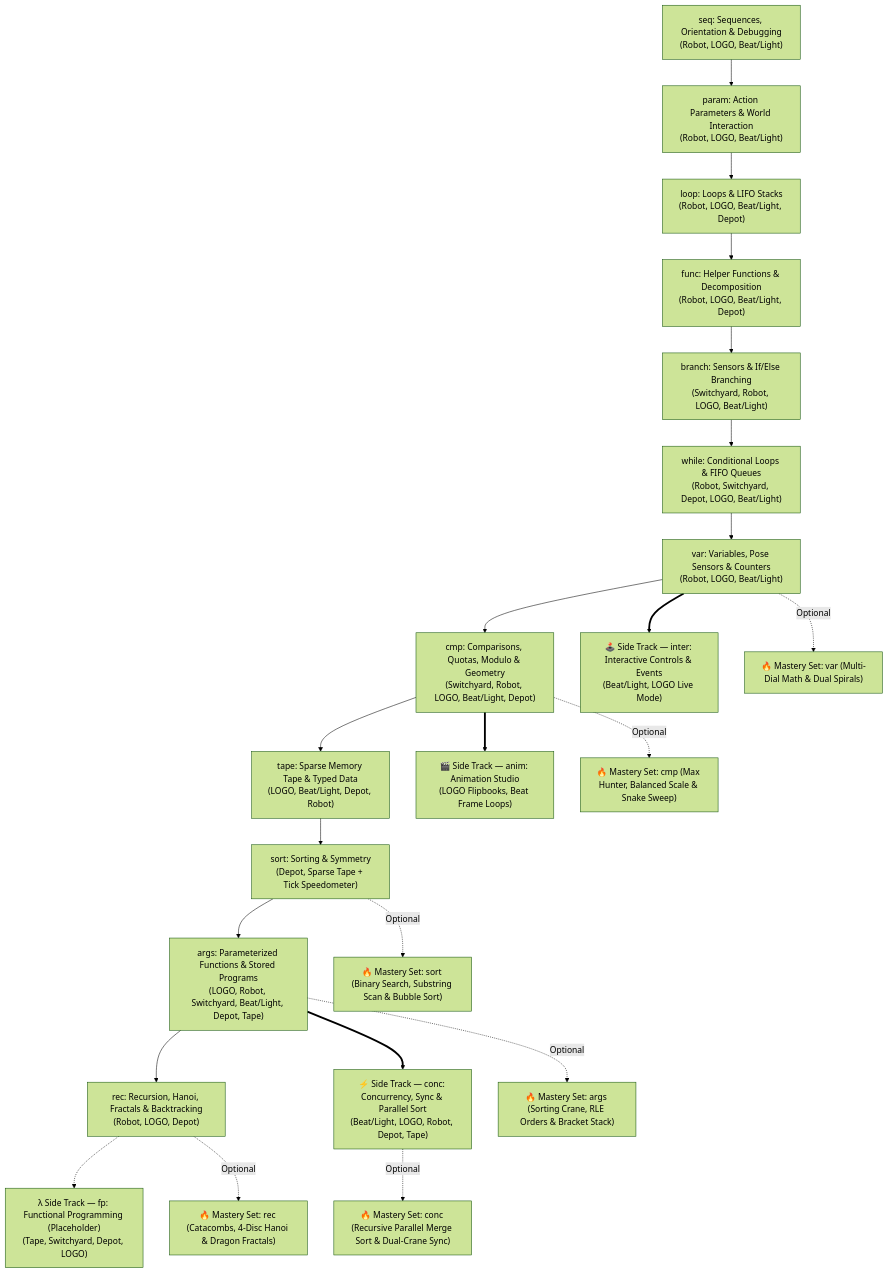
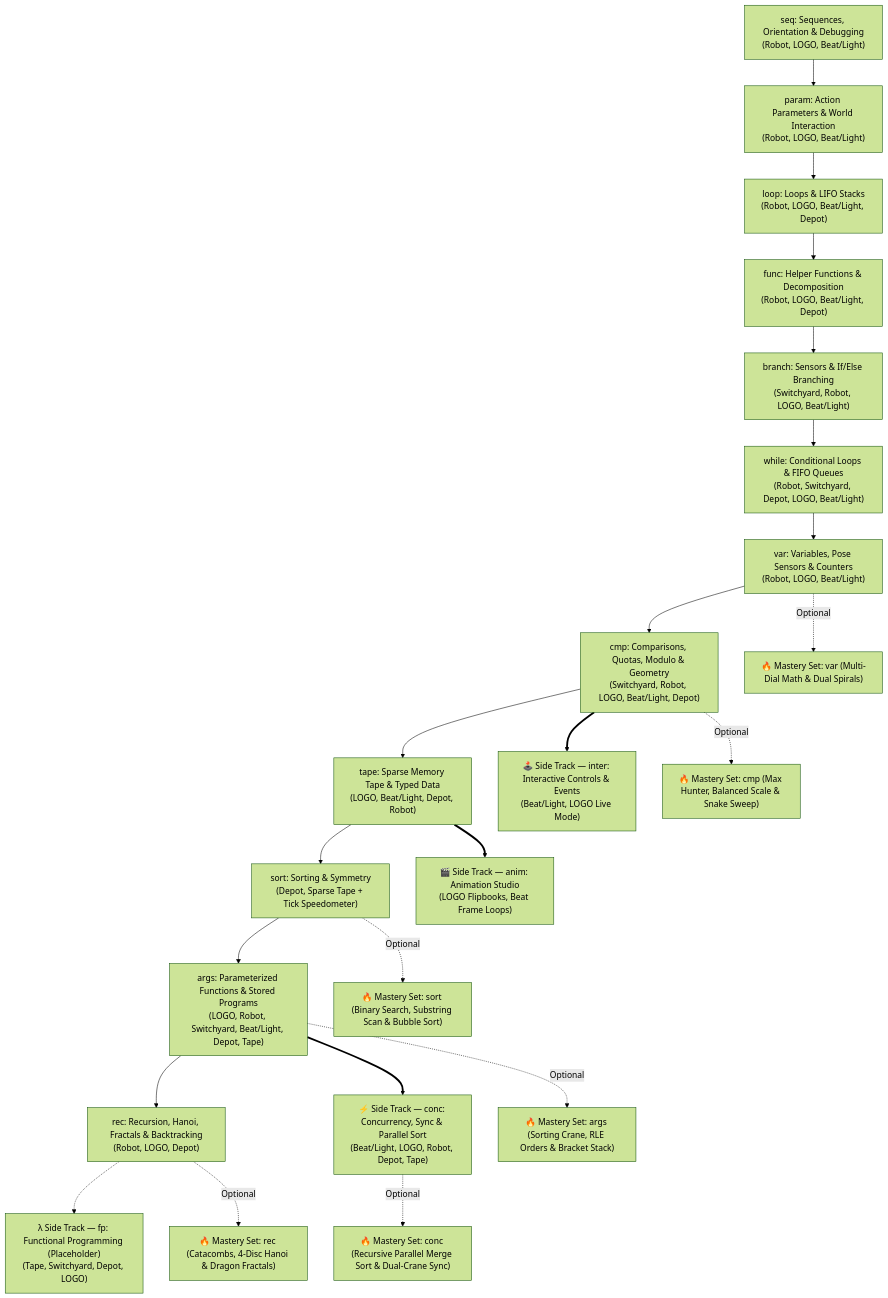
One commit to Stilgar84/Coding4Kids changed the diagram in docs/curriculum/overview.md. Above: the diagram before and after it, drawn with Mermaid (forest theme). The commit also changed other lines of this file and 130 other files, not shown here.

Commit message:
docs(curriculum): complete Stage 2 specs for branch-cmp and add LOGO scale plan

````diff
--- a/docs/curriculum/overview.md
+++ b/docs/curriculum/overview.md
@@ -74,26 +74,26 @@
 ```mermaid
 flowchart TD
     seq["seq: Sequences, Orientation & Debugging\n(Robot, LOGO, Beat/Light)"] --> param["param: Action Parameters & World Interaction\n(Robot, LOGO, Beat/Light)"]
     param --> loop["loop: Loops & LIFO Stacks\n(Robot, LOGO, Beat/Light, Depot)"]
     loop --> func["func: Helper Functions & Decomposition\n(Robot, LOGO, Beat/Light, Depot)"]
     func --> branch["branch: Sensors & If/Else Branching\n(Switchyard, Robot, LOGO, Beat/Light)"]
     branch --> while["while: Conditional Loops & FIFO Queues\n(Robot, Switchyard, Depot, LOGO, Beat/Light)"]
     while --> var["var: Variables, Pose Sensors & Counters\n(Robot, LOGO, Beat/Light)"]
     var --> cmp["cmp: Comparisons, Quotas, Modulo & Geometry\n(Switchyard, Robot, LOGO, Beat/Light, Depot)"]
     cmp --> tape["tape: Sparse Memory Tape & Typed Data\n(LOGO, Beat/Light, Depot, Robot)"]
     tape --> sort["sort: Sorting & Symmetry\n(Depot, Sparse Tape + Tick Speedometer)"]
     sort --> args["args: Parameterized Functions & Stored Programs\n(LOGO, Robot, Switchyard, Beat/Light, Depot, Tape)"]
     args --> rec["rec: Recursion, Hanoi, Fractals & Backtracking\n(Robot, LOGO, Depot)"]
 
-    var ==> inter["🕹️ Side Track — inter: Interactive Controls & Events\n(Beat/Light, LOGO Live Mode)"]
-    cmp ==> anim["🎬 Side Track — anim: Animation Studio\n(LOGO Flipbooks, Beat Frame Loops)"]
+    cmp ==> inter["🕹️ Side Track — inter: Interactive Controls & Events\n(Beat/Light, LOGO Live Mode)"]
+    tape ==> anim["🎬 Side Track — anim: Animation Studio\n(LOGO Flipbooks, Beat Frame Loops)"]
     args ==> conc["⚡ Side Track — conc: Concurrency, Sync & Parallel Sort\n(Beat/Light, LOGO, Robot, Depot, Tape)"]
     rec -.-> fp["λ Side Track — fp: Functional Programming (Placeholder)\n(Tape, Switchyard, Depot, LOGO)"]
 
     var -. "Optional" .-> M1["🔥 Mastery Set: var (Multi-Dial Math & Dual Spirals)"]
     cmp -. "Optional" .-> M2["🔥 Mastery Set: cmp (Max Hunter, Balanced Scale & Snake Sweep)"]
     sort -. "Optional" .-> M3["🔥 Mastery Set: sort (Binary Search, Substring Scan & Bubble Sort)"]
     args -. "Optional" .-> M4["🔥 Mastery Set: args (Sorting Crane, RLE Orders & Bracket Stack)"]
     rec -. "Optional" .-> M5["🔥 Mastery Set: rec (Catacombs, 4-Disc Hanoi & Dragon Fractals)"]
     conc -. "Optional" .-> M6["🔥 Mastery Set: conc (Recursive Parallel Merge Sort & Dual-Crane Sync)"]
 ```
````
